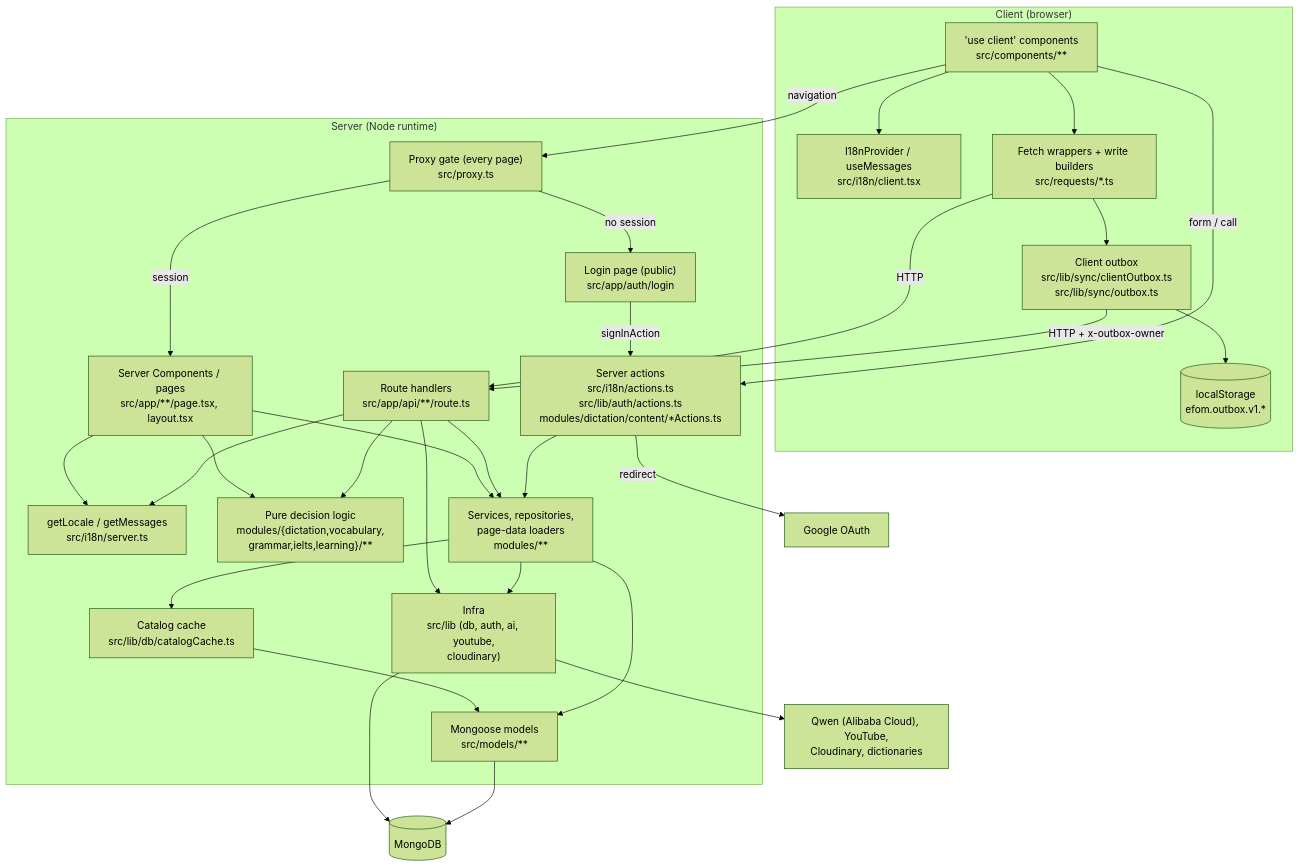
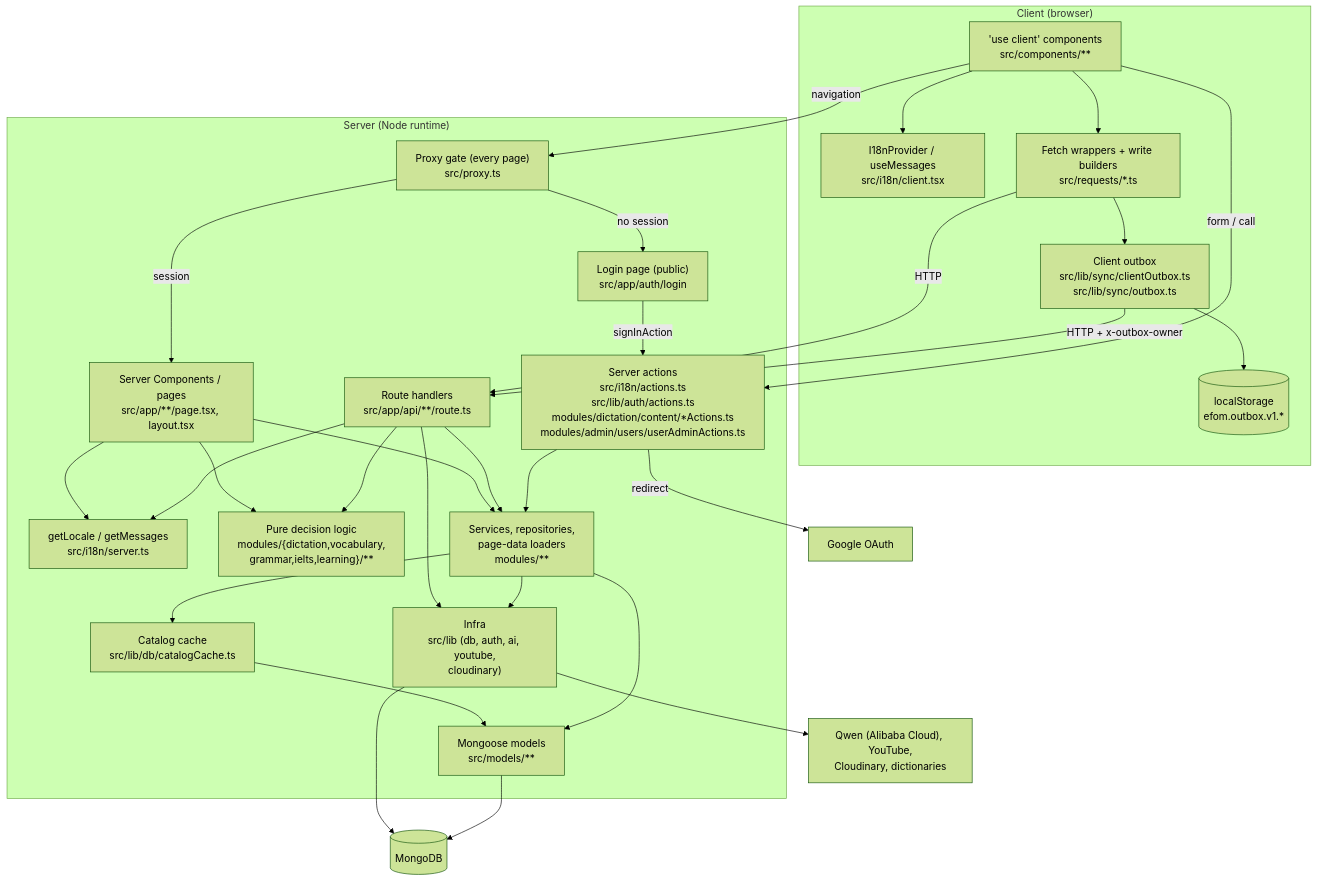
One commit to NaKMiers/English_For_Only_Me changed the first of 6 diagrams in docs/02-architecture.md. Above: the diagram before and after it, drawn with Mermaid (forest theme). The commit also changed other lines of this file and 48 other files, not shown here.

````diff
--- a/docs/02-architecture.md
+++ b/docs/02-architecture.md
@@ -116,54 +117,54 @@
 ```mermaid
 flowchart TD
   subgraph client["Client (browser)"]
     CC["'use client' components<br/>src/components/**"]
     I18C["I18nProvider / useMessages<br/>src/i18n/client.tsx"]
     REQ["Fetch wrappers + write builders<br/>src/requests/*.ts"]
     OBX["Client outbox<br/>src/lib/sync/clientOutbox.ts<br/>src/lib/sync/outbox.ts"]
     LS[("localStorage<br/>efom.outbox.v1.*")]
   end
   subgraph server["Server (Node runtime)"]
     PROXY["Proxy gate (every page)<br/>src/proxy.ts"]
     LOGIN["Login page (public)<br/>src/app/auth/login"]
     PAGE["Server Components / pages<br/>src/app/**/page.tsx, layout.tsx"]
-    ACT["Server actions<br/>src/i18n/actions.ts<br/>src/lib/auth/actions.ts<br/>modules/dictation/content/*Actions.ts"]
+    ACT["Server actions<br/>src/i18n/actions.ts<br/>src/lib/auth/actions.ts<br/>modules/dictation/content/*Actions.ts<br/>modules/admin/users/userAdminActions.ts"]
     ROUTE["Route handlers<br/>src/app/api/**/route.ts"]
     I18S["getLocale / getMessages<br/>src/i18n/server.ts"]
     DEC["Pure decision logic<br/>modules/{dictation,vocabulary,<br/>grammar,ielts,learning}/**"]
     SVC["Services, repositories,<br/>page-data loaders<br/>modules/**"]
     CACHE["Catalog cache<br/>src/lib/db/catalogCache.ts"]
     LIB["Infra<br/>src/lib (db, auth, ai, youtube,<br/>cloudinary)"]
     MODEL["Mongoose models<br/>src/models/**"]
   end
   DB[("MongoDB")]
   EXT["Qwen (Alibaba Cloud), YouTube,<br/>Cloudinary, dictionaries"]
   GOOG["Google OAuth"]
 
   CC -->|navigation| PROXY
   PROXY -->|session| PAGE
   PROXY -->|no session| LOGIN
   LOGIN -->|signInAction| ACT
   ACT -->|redirect| GOOG
   CC --> I18C
   CC --> REQ
   REQ --> OBX
   OBX --> LS
   REQ -->|HTTP| ROUTE
   OBX -->|HTTP + x-outbox-owner| ROUTE
   CC -->|form / call| ACT
   PAGE --> I18S
   PAGE --> SVC
   PAGE --> DEC
   ROUTE --> I18S
   ROUTE --> DEC
   ROUTE --> SVC
   ROUTE --> LIB
   ACT --> SVC
   SVC --> CACHE
   CACHE --> MODEL
   SVC --> MODEL
   SVC --> LIB
   LIB --> EXT
   LIB --> DB
   MODEL --> DB
 ```
````
